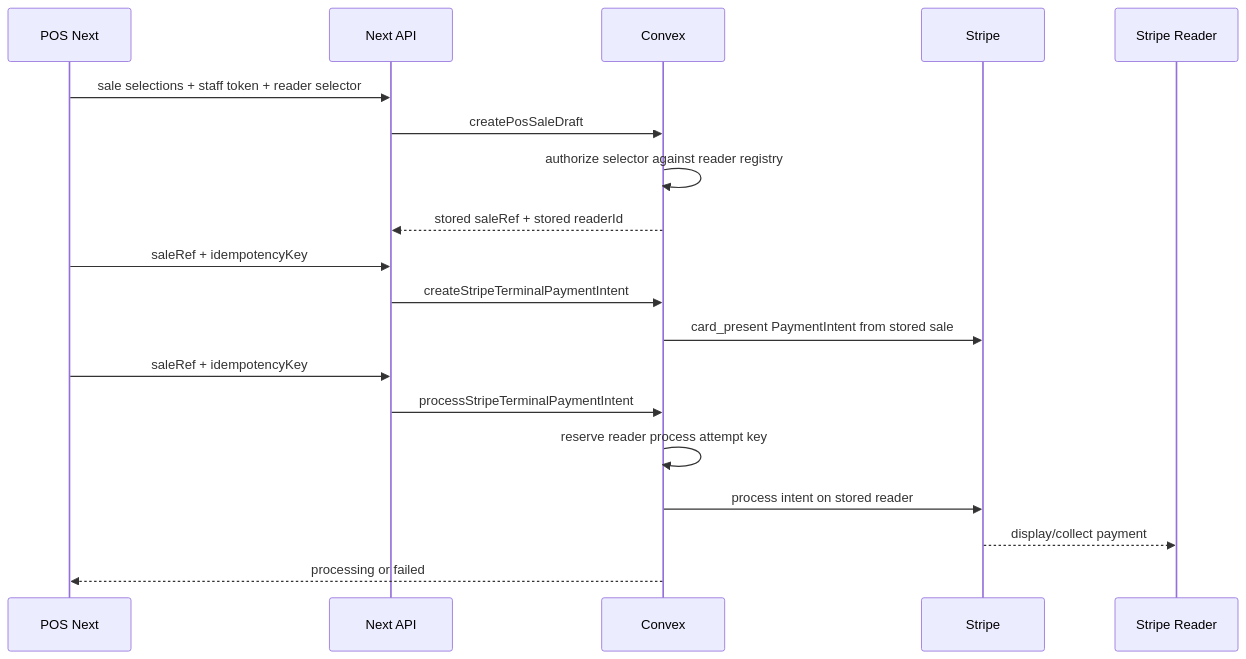
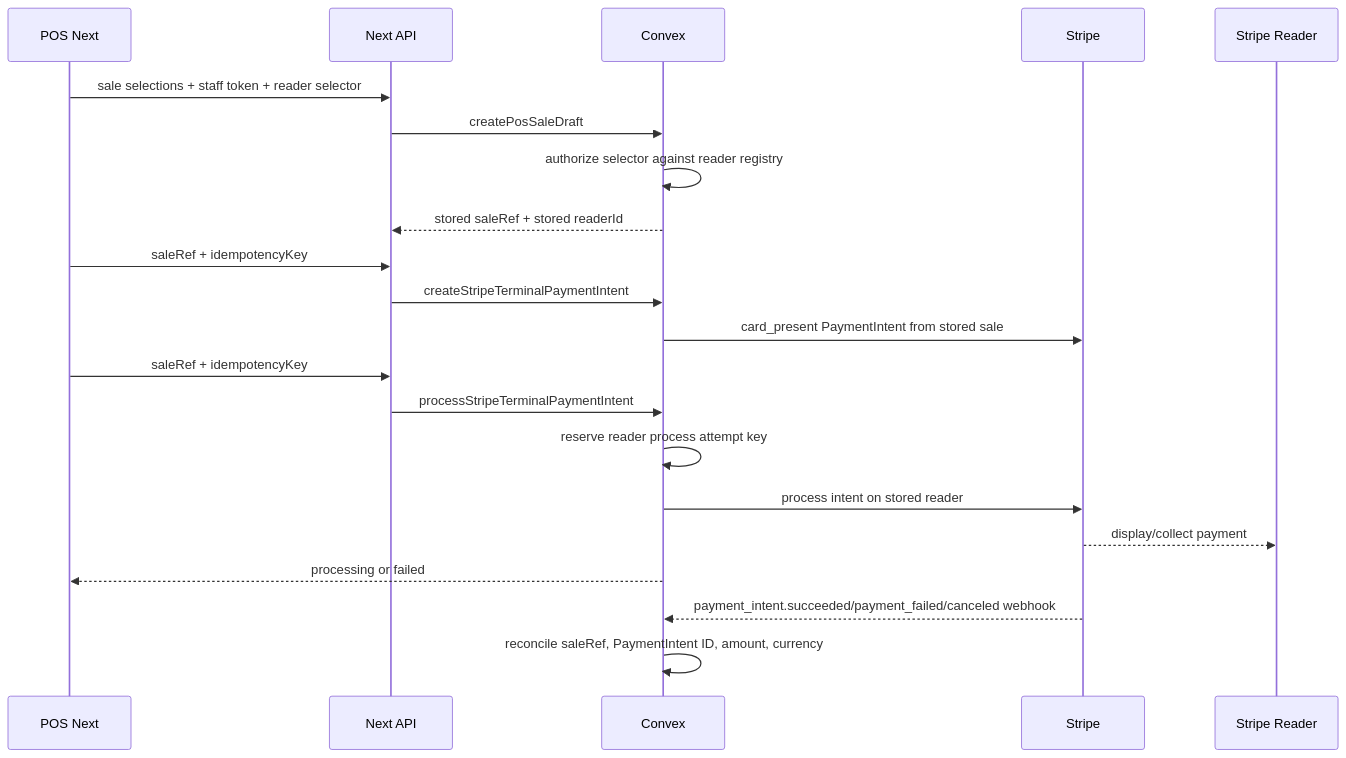
Before and after one commit to junyengit/skyla: the diagram in docs/decisions/0010-server-driven-terminal-reader-handoff.md, drawn with Mermaid. The commit also changed other lines of this file and 15 other files, not shown here.

````diff
--- a/docs/decisions/0010-server-driven-terminal-reader-handoff.md
+++ b/docs/decisions/0010-server-driven-terminal-reader-handoff.md
@@ -53,22 +54,24 @@
 ```mermaid
 sequenceDiagram
   participant POS as POS Next
   participant Next as Next API
   participant Convex as Convex
   participant Stripe as Stripe
   participant Reader as Stripe Reader
 
   POS->>Next: sale selections + staff token + reader selector
   Next->>Convex: createPosSaleDraft
   Convex->>Convex: authorize selector against reader registry
   Convex-->>Next: stored saleRef + stored readerId
   POS->>Next: saleRef + idempotencyKey
   Next->>Convex: createStripeTerminalPaymentIntent
   Convex->>Stripe: card_present PaymentIntent from stored sale
   POS->>Next: saleRef + idempotencyKey
   Next->>Convex: processStripeTerminalPaymentIntent
   Convex->>Convex: reserve reader process attempt key
   Convex->>Stripe: process intent on stored reader
   Stripe-->>Reader: display/collect payment
   Convex-->>POS: processing or failed
+  Stripe-->>Convex: payment_intent.succeeded/payment_failed/canceled webhook
+  Convex->>Convex: reconcile saleRef, PaymentIntent ID, amount, currency
 ```
````
